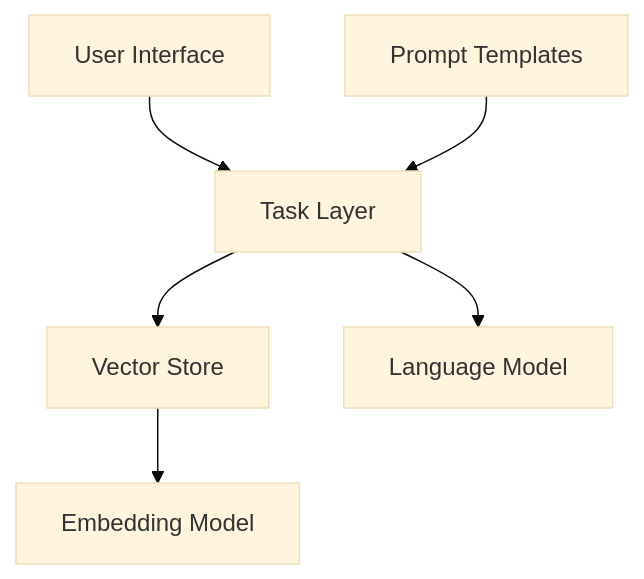
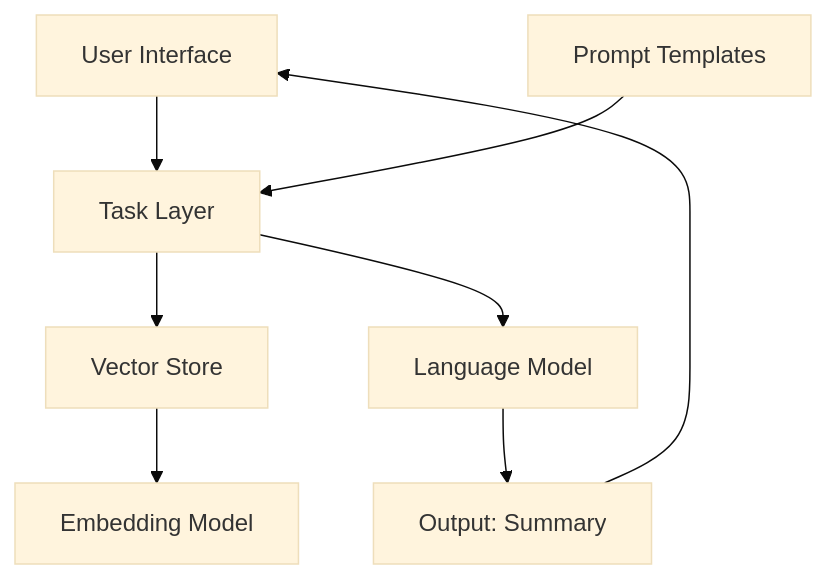
Before and after one commit to GarrryLiu/FDA-Doc-Copilot: the diagram in README.md, drawn with Mermaid (base theme).

Commit message:
readme updated

````diff
--- a/README.md
+++ b/README.md
@@ -16,8 +16,11 @@
 ```mermaid
 graph TD
     A[User Interface] --> B[Task Layer]
+    F[Prompt Templates] --> B
     B --> C[Vector Store]
+    C --> E[Embedding Model]
     B --> D[Language Model]
-    C --> E[Embedding Model]
-    F[Prompt Templates] --> B
+    D --> G[Output: Summary]
+    G --> A
+
 ```
````
